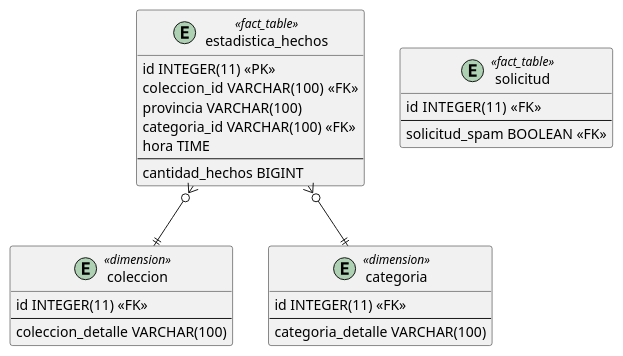
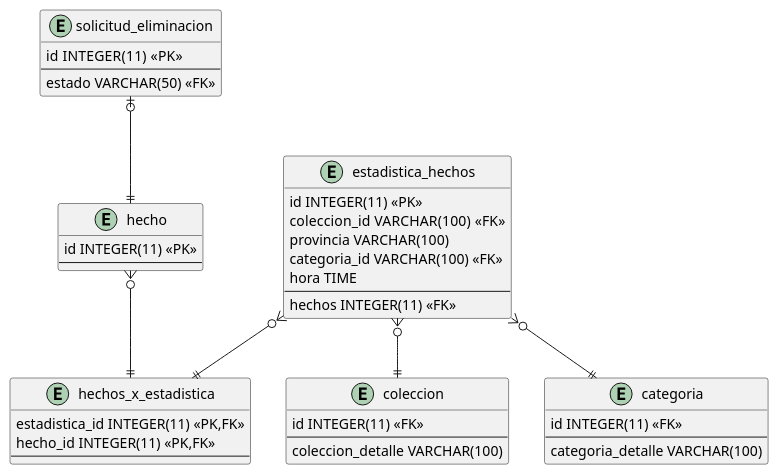
One commit to BrunoRodriguezzz/tp-dsi changed the diagram in servicioEstadisticas/public/DER_BI.puml. Above: the diagram before and after it, drawn with PlantUML. The commit also changed 20 other files, not shown here.

```diff
--- a/servicioEstadisticas/public/DER_BI.puml
+++ b/servicioEstadisticas/public/DER_BI.puml
@@ -1,35 +1,48 @@
 @startuml
 
-entity estadistica_hechos <<fact_table>> {
+entity estadistica_hechos {
     id INTEGER(11) <<PK>>
     coleccion_id VARCHAR(100)  <<FK>>
     provincia VARCHAR(100)
     categoria_id VARCHAR(100) <<FK>>
     hora TIME
     --
-    cantidad_hechos BIGINT
+    hechos INTEGER(11) <<FK>>
 }
 
-entity coleccion <<dimension>> {
+entity hechos_x_estadistica {
+    estadistica_id INTEGER(11) <<PK,FK>>
+    hecho_id INTEGER(11) <<PK,FK>>
+    --
+}
+
+entity coleccion {
     id INTEGER(11) <<FK>>
     --
     coleccion_detalle VARCHAR(100)
 }
 
-entity categoria <<dimension>> {
+entity categoria {
     id INTEGER(11) <<FK>>
     --
     categoria_detalle VARCHAR(100)
 }
 
-entity solicitud<<fact_table>> {
-    id INTEGER(11)  <<FK>>
+entity solicitud_eliminacion {
+    id INTEGER(11)  <<PK>>
     --
-    solicitud_spam BOOLEAN <<FK>>
+    estado VARCHAR(50) <<FK>>
+}
+
+entity hecho {
+    id INTEGER(11) <<PK>>
+    --
 }
 
 estadistica_hechos }o--|| coleccion
 estadistica_hechos }o--|| categoria
-
+estadistica_hechos }o--|| hechos_x_estadistica
+hecho }o--|| hechos_x_estadistica
+solicitud_eliminacion |o--|| hecho
 
 @enduml
```
